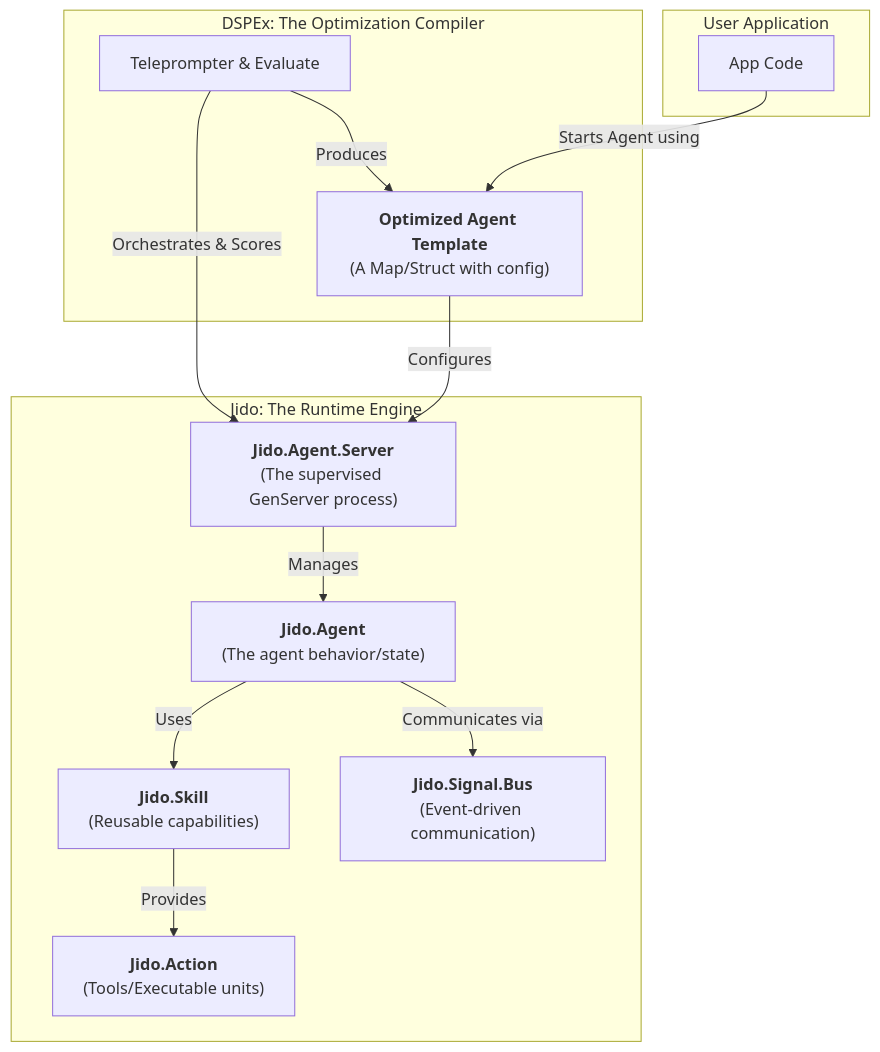
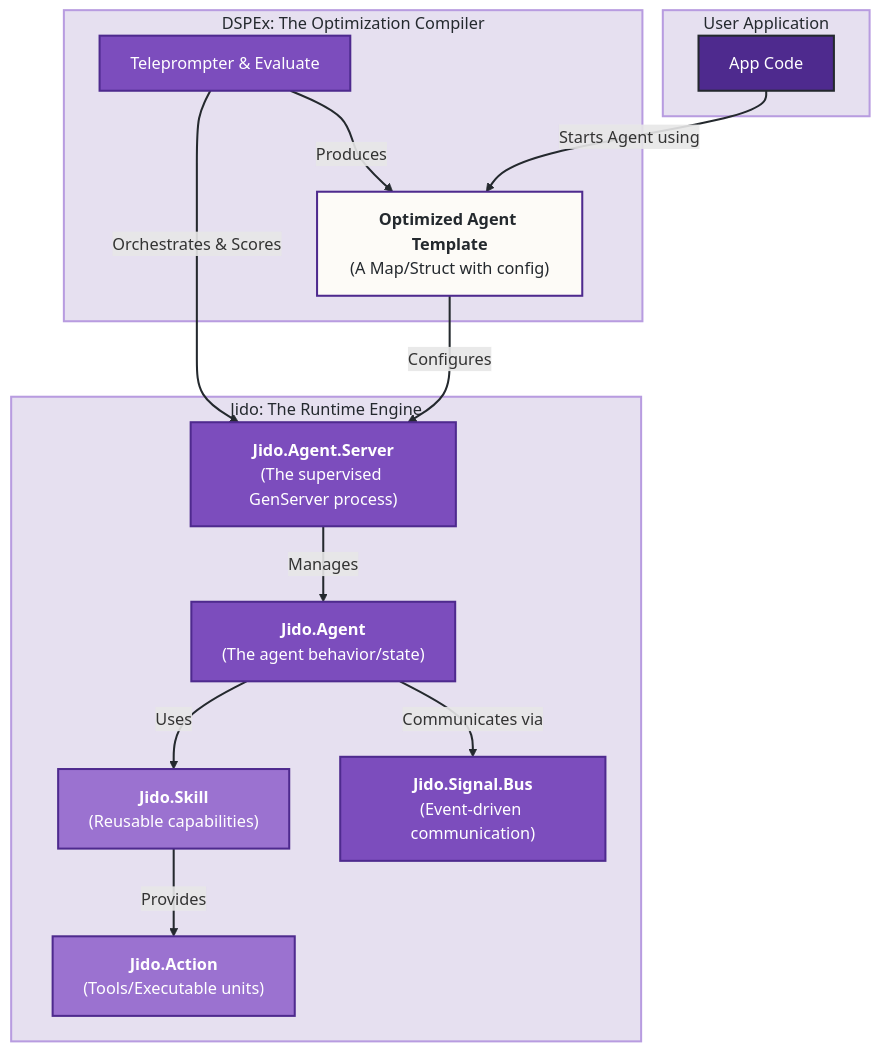
The diagram in JIDO_INTEGRATION.md (nshkrdotcom/ds_ex), drawn with Mermaid before and after one commit. The commit also changed 3 other files, not shown here.

````diff
--- a/JIDO_INTEGRATION.md
+++ b/JIDO_INTEGRATION.md
@@ -100,27 +100,47 @@
 ```mermaid
 graph TD
-    subgraph OptimizationLayer["DSPEx: The Optimization Compiler"]
+    subgraph OptimizationLayer["DSPEx:&nbsp;The&nbsp;Optimization&nbsp;Compiler"]
         A[Teleprompter & Evaluate] -- "Produces" --> B["<b>Optimized Agent Template</b><br>(A Map/Struct with config)"]
     end
 
-    subgraph RuntimeLayer["Jido: The Runtime Engine"]
+    subgraph RuntimeLayer["Jido:&nbsp;The&nbsp;Runtime&nbsp;Engine"]
         C["<b>Jido.Agent.Server</b><br>(The supervised GenServer process)"]
         D["<b>Jido.Agent</b><br>(The agent behavior/state)"]
         E["<b>Jido.Skill</b><br>(Reusable capabilities)"]
         F["<b>Jido.Action</b><br>(Tools/Executable units)"]
         G["<b>Jido.Signal.Bus</b><br>(Event-driven communication)"]
     end
 
     subgraph UserApp["User Application"]
         H["App Code"]
     end
 
     A -- "Orchestrates & Scores" --> C
 
     H -- "Starts Agent using" --> B
     B -- "Configures" --> C
     C -- "Manages" --> D
     D -- "Uses" --> E
     E -- "Provides" --> F
     D -- "Communicates via" --> G
+
+    %% Elixir-inspired styling
+    classDef userLayer fill:#4e2a8e,stroke:#24292e,stroke-width:2px,color:#fff
+    classDef coreAbstraction fill:#7c4dbd,stroke:#4e2a8e,stroke-width:2px,color:#fff
+    classDef keyModule fill:#9b72d0,stroke:#4e2a8e,stroke-width:2px,color:#fff
+    classDef clientLayer fill:#b89ce0,stroke:#4e2a8e,stroke-width:2px,color:#24292e
+    classDef serviceLayer fill:#d4c5ec,stroke:#4e2a8e,stroke-width:1px,color:#24292e
+    classDef externalSystem fill:#f5f5f5,stroke:#666,stroke-width:1px,color:#24292e
+    classDef adapter fill:#fdfbf7,stroke:#4e2a8e,stroke-width:2px,color:#24292e
+    classDef subgraphTitleTop fill:#e6e0f0,stroke:#b89ce0,stroke-width:2px,color:#24292e
+    classDef subgraphTitleNested fill:#f2f0f7,stroke:#d4c5ec,stroke-width:1px,color:#24292e
+
+    class H userLayer
+    class A,C,D,G coreAbstraction
+    class E,F keyModule
+    class B adapter
+    class OptimizationLayer,RuntimeLayer,UserApp subgraphTitleTop
+
+    %% Darker arrow styling for better visibility
+    linkStyle default stroke:#24292e,stroke-width:2px
 ```
````
